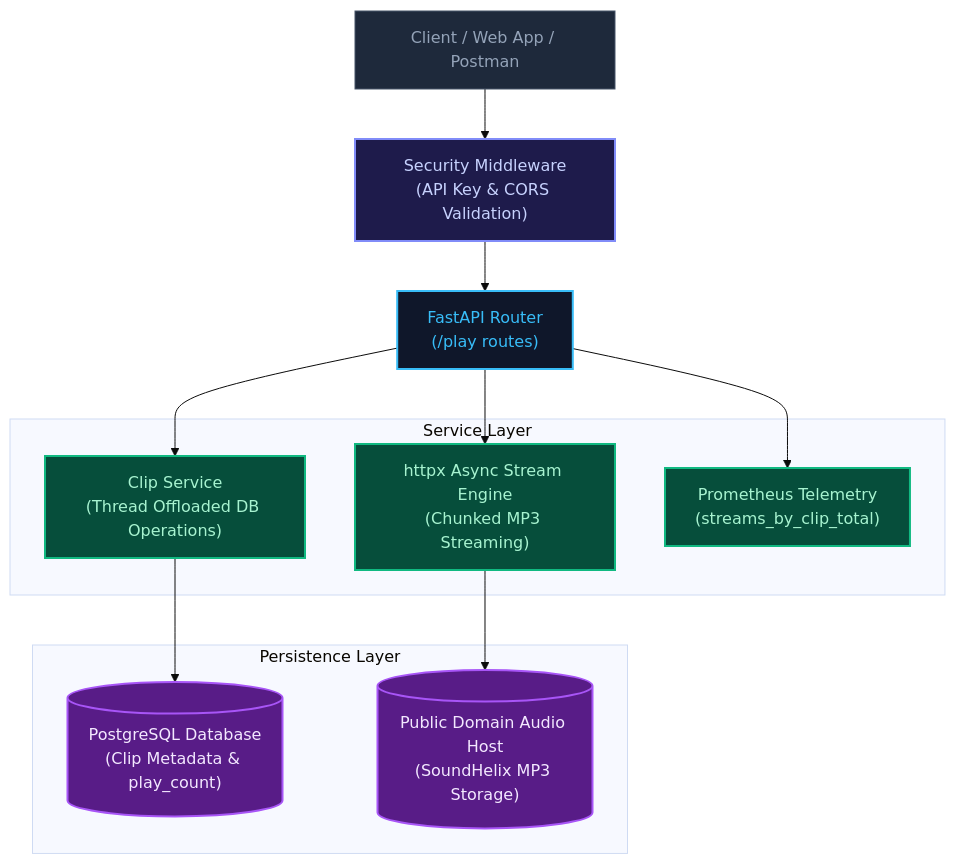
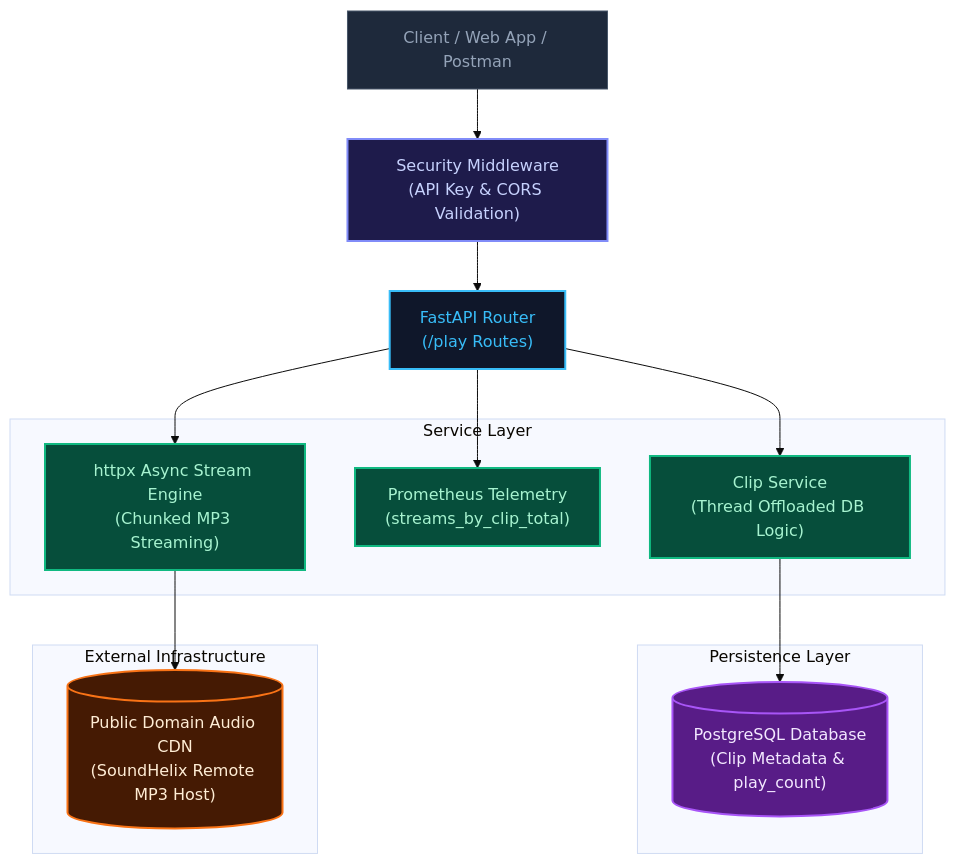
Before and after one commit to sanket9673/Soundverse: the diagram in README.md, drawn with Mermaid (base theme).

````diff
--- a/README.md
+++ b/README.md
@@ -42,32 +42,39 @@
 ```mermaid
 graph TD;
     classDef client fill:#1e293b,stroke:#475569,stroke-width:1px,color:#94a3b8;
     classDef security fill:#1e1b4b,stroke:#818cf8,stroke-width:2px,color:#c7d2fe;
     classDef api fill:#0f172a,stroke:#38bdf8,stroke-width:2px,color:#38bdf8;
     classDef service fill:#064e3b,stroke:#10b981,stroke-width:2px,color:#a7f3d0;
     classDef storage fill:#581c87,stroke:#a855f7,stroke-width:2px,color:#f3e8ff;
+    classDef external fill:#451a03,stroke:#f97316,stroke-width:2px,color:#ffedd5;
 
     Client["Client / Web App / Postman"]:::client
     Security["Security Middleware<br>(API Key & CORS Validation)"]:::security
-    Router["FastAPI Router<br>(/play routes)"]:::api
+    Router["FastAPI Router<br>(/play Routes)"]:::api
 
-    subgraph Execution ["Service Layer"]
-        ClipService["Clip Service<br>(Thread Offloaded DB Operations)"]:::service
+    subgraph ServiceLayer ["Service Layer"]
+        ClipService["Clip Service<br>(Thread Offloaded DB Logic)"]:::service
+        MetricsEngine["Prometheus Telemetry<br>(streams_by_clip_total)"]:::service
         StreamEngine["httpx Async Stream Engine<br>(Chunked MP3 Streaming)"]:::service
-        MetricsEngine["Prometheus Telemetry<br>(streams_by_clip_total)"]:::service
     end
 
-    subgraph Storage ["Persistence Layer"]
+    subgraph PersistenceLayer ["Persistence Layer"]
         Postgres[("PostgreSQL Database<br>(Clip Metadata & play_count)")]:::storage
-        RemoteAudio[("Public Domain Audio Host<br>(SoundHelix MP3 Storage)")]:::storage
     end
 
+    subgraph ExternalInfra ["External Infrastructure"]
+        RemoteAudio[("Public Domain Audio CDN<br>(SoundHelix Remote MP3 Host)")]:::external
+    end
+
+    %% Execution Flow
     Client --> Security
     Security --> Router
+    
     Router --> ClipService
-
     ClipService --> Postgres
+    
     Router --> MetricsEngine
+    
     Router --> StreamEngine
     StreamEngine --> RemoteAudio
 ```
````
